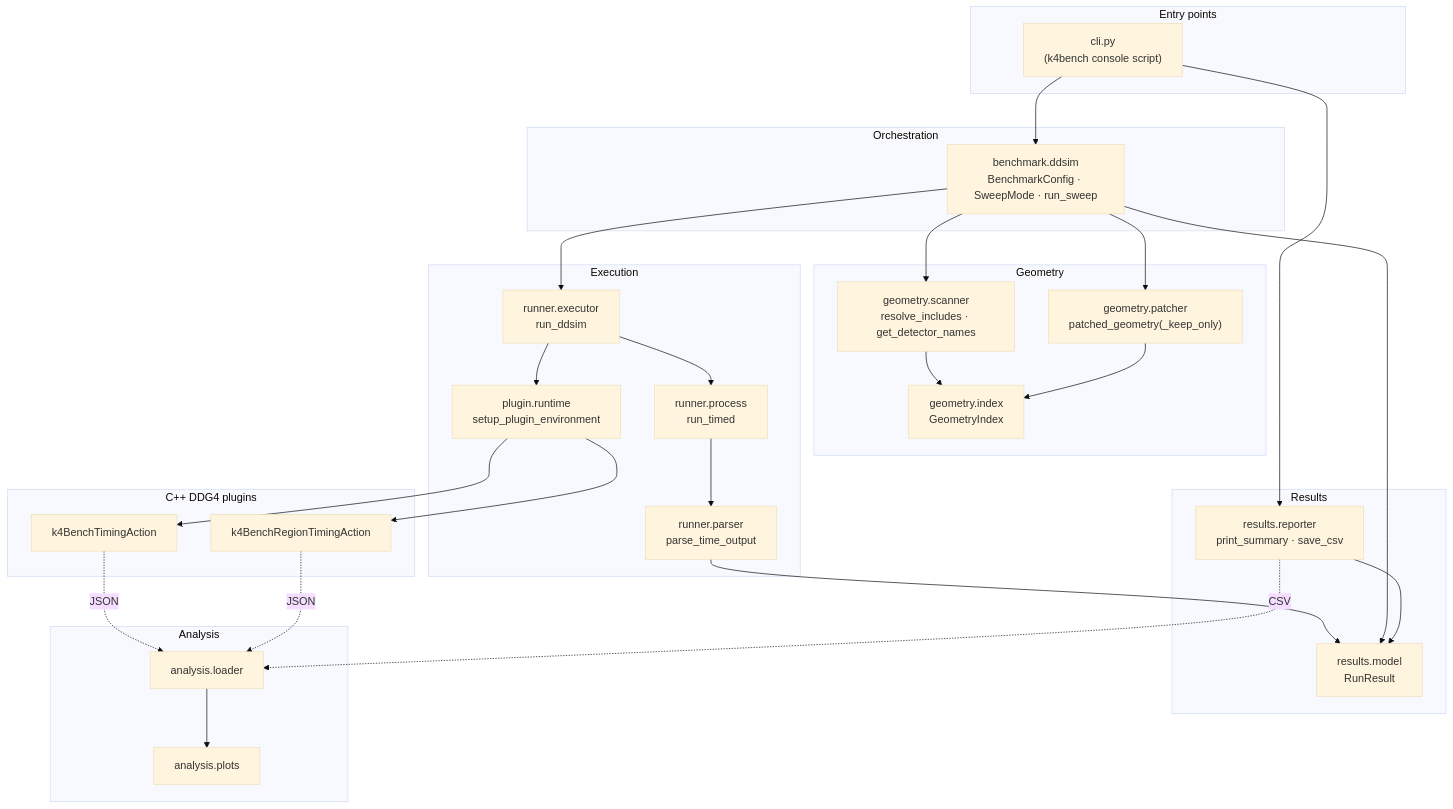
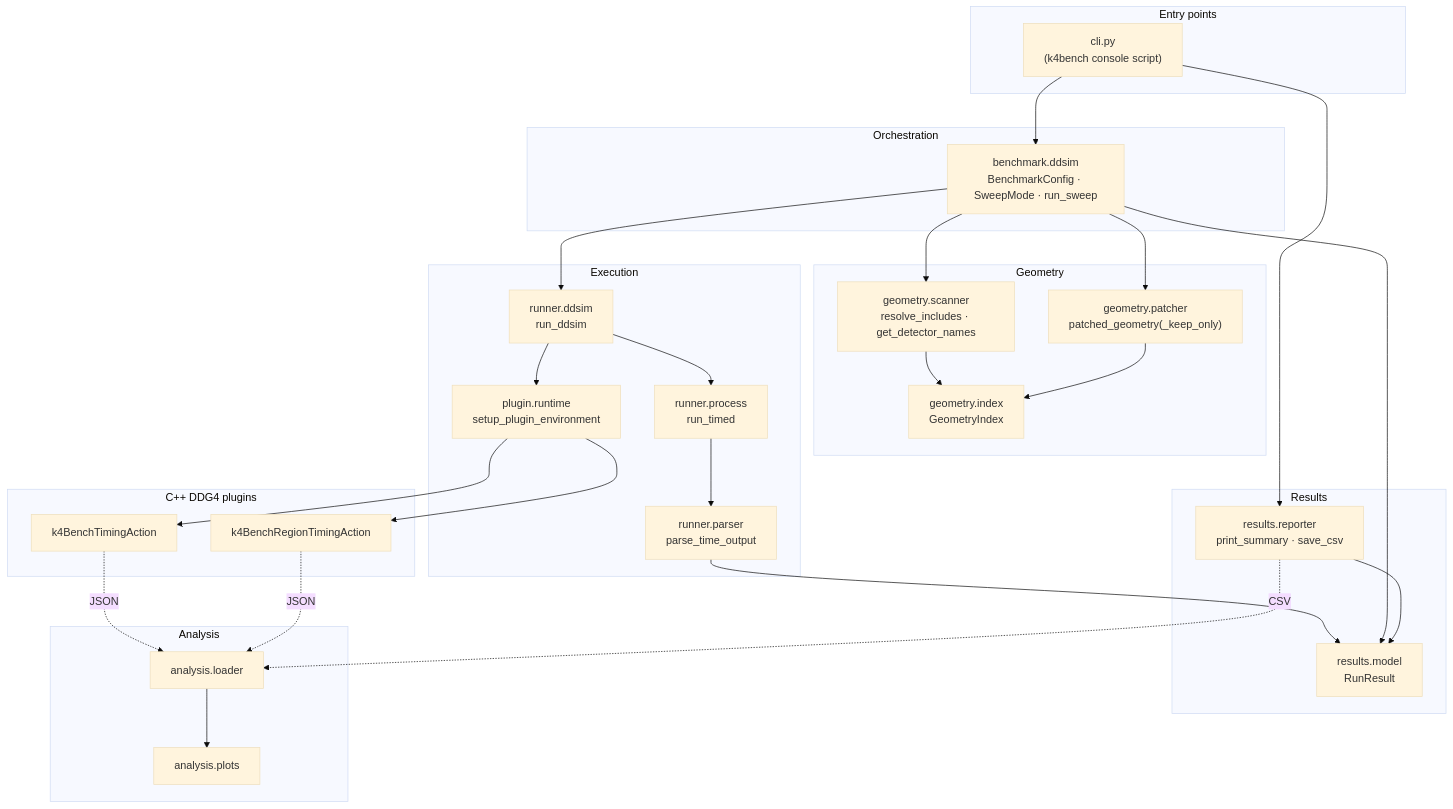
The first of 2 diagrams in docs/architecture/overview.md (key4hep/k4Bench), drawn with Mermaid (base theme) before and after one commit. The commit also changed other lines of this file and 41 other files, not shown here.

````diff
--- a/docs/architecture/overview.md
+++ b/docs/architecture/overview.md
@@ -24,56 +25,56 @@
 ```mermaid
 flowchart TD
     subgraph entry["Entry points"]
         CLI["cli.py<br/>(k4bench console script)"]
     end
 
     subgraph orchestration["Orchestration"]
         BENCH["benchmark.ddsim<br/>BenchmarkConfig · SweepMode · run_sweep"]
     end
 
     subgraph geometry["Geometry"]
         SCAN["geometry.scanner<br/>resolve_includes · get_detector_names"]
         INDEX["geometry.index<br/>GeometryIndex"]
         PATCH["geometry.patcher<br/>patched_geometry(_keep_only)"]
     end
 
     subgraph execution["Execution"]
-        EXEC["runner.executor<br/>run_ddsim"]
+        EXEC["runner.ddsim<br/>run_ddsim"]
         PROC["runner.process<br/>run_timed"]
         PARSE["runner.parser<br/>parse_time_output"]
         PRT["plugin.runtime<br/>setup_plugin_environment"]
     end
 
     subgraph cpp["C++ DDG4 plugins"]
         EV["k4BenchTimingAction"]
         RG["k4BenchRegionTimingAction"]
     end
 
     subgraph results["Results"]
         MODEL["results.model<br/>RunResult"]
         REP["results.reporter<br/>print_summary · save_csv"]
     end
 
     subgraph analysis["Analysis"]
         LOAD["analysis.loader"]
         PLOTS["analysis.plots"]
     end
 
     CLI --> BENCH
     BENCH --> SCAN
     BENCH --> PATCH
     SCAN --> INDEX
     PATCH --> INDEX
     BENCH --> EXEC
     EXEC --> PRT
     PRT --> EV & RG
     EXEC --> PROC
     PROC --> PARSE
     PARSE --> MODEL
     BENCH --> MODEL
     CLI --> REP
     REP --> MODEL
     EV & RG -.JSON.-> LOAD
     REP -.CSV.-> LOAD
     LOAD --> PLOTS
 ```
````
